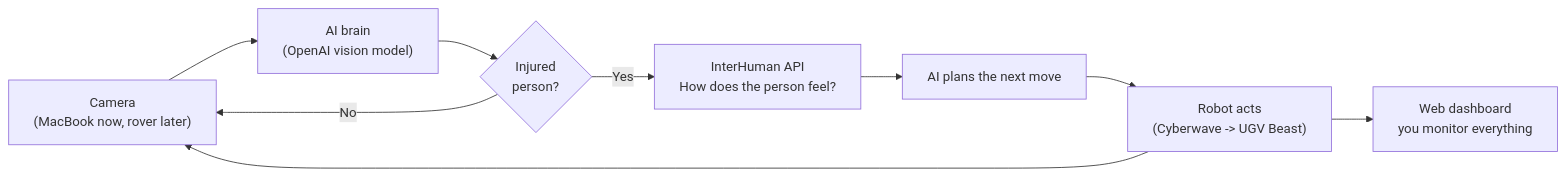
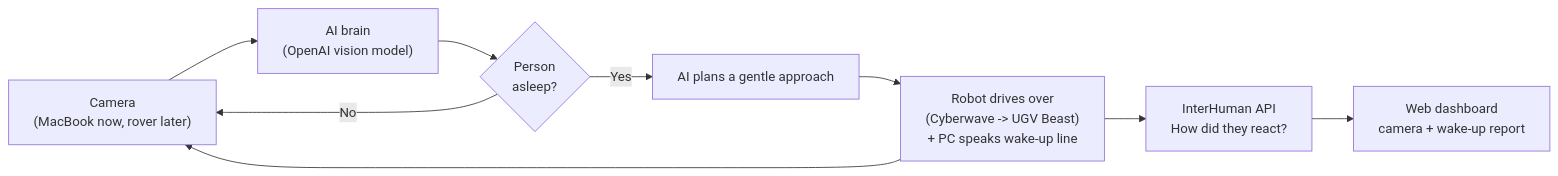
One commit to garavels/robothelper changed the first of 4 diagrams in PIPELINE.md. Above: the diagram before and after it, drawn with Mermaid. The commit also changed other lines of this file and 14 other files, not shown here.

First line of the commit message:
Refactor from injured-person rescue to wake-up robot + add logo

````diff
--- a/PIPELINE.md
+++ b/PIPELINE.md
@@ -98,11 +106,11 @@
 ```mermaid
 flowchart LR
     A["Camera<br/>(MacBook now, rover later)"] --> B["AI brain<br/>(OpenAI vision model)"]
-    B --> C{"Injured<br/>person?"}
+    B --> C{"Person<br/>asleep?"}
     C -->|No| A
-    C -->|Yes| D["InterHuman API<br/>How does the person feel?"]
-    D --> E["AI plans the next move"]
-    E --> F["Robot acts<br/>(Cyberwave -> UGV Beast)"]
-    F --> G["Web dashboard<br/>you monitor everything"]
+    C -->|Yes| E["AI plans a gentle approach"]
+    E --> F["Robot drives over<br/>(Cyberwave -> UGV Beast)<br/>+ PC speaks wake-up line"]
+    F --> D["InterHuman API<br/>How did they react?"]
+    D --> G["Web dashboard<br/>camera + wake-up report"]
     F --> A
 ```
````
